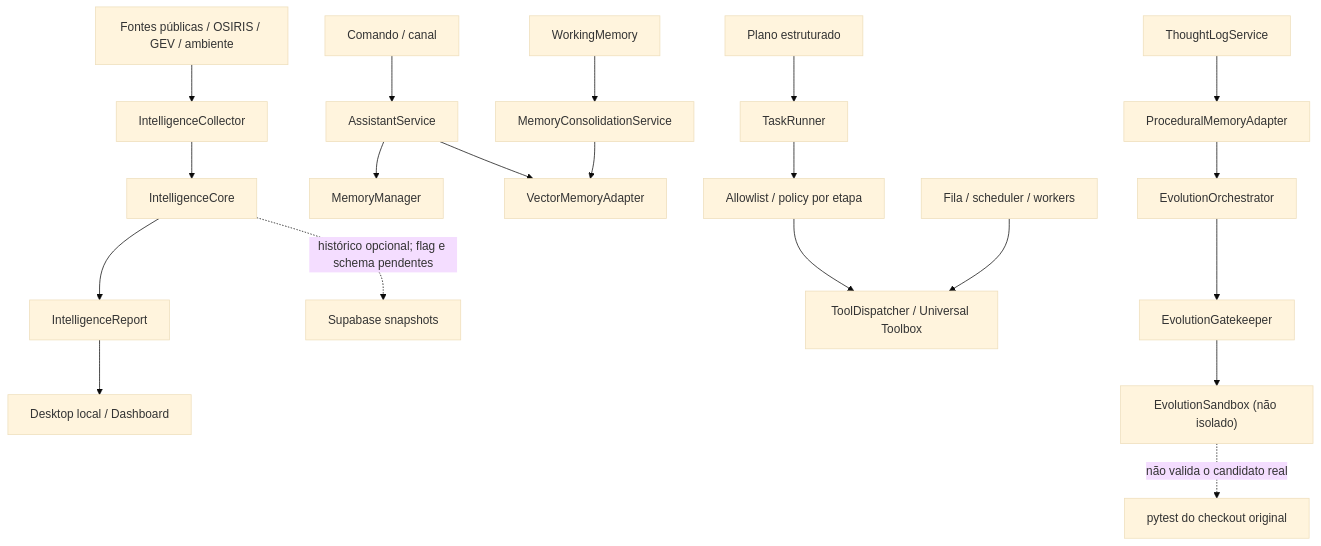
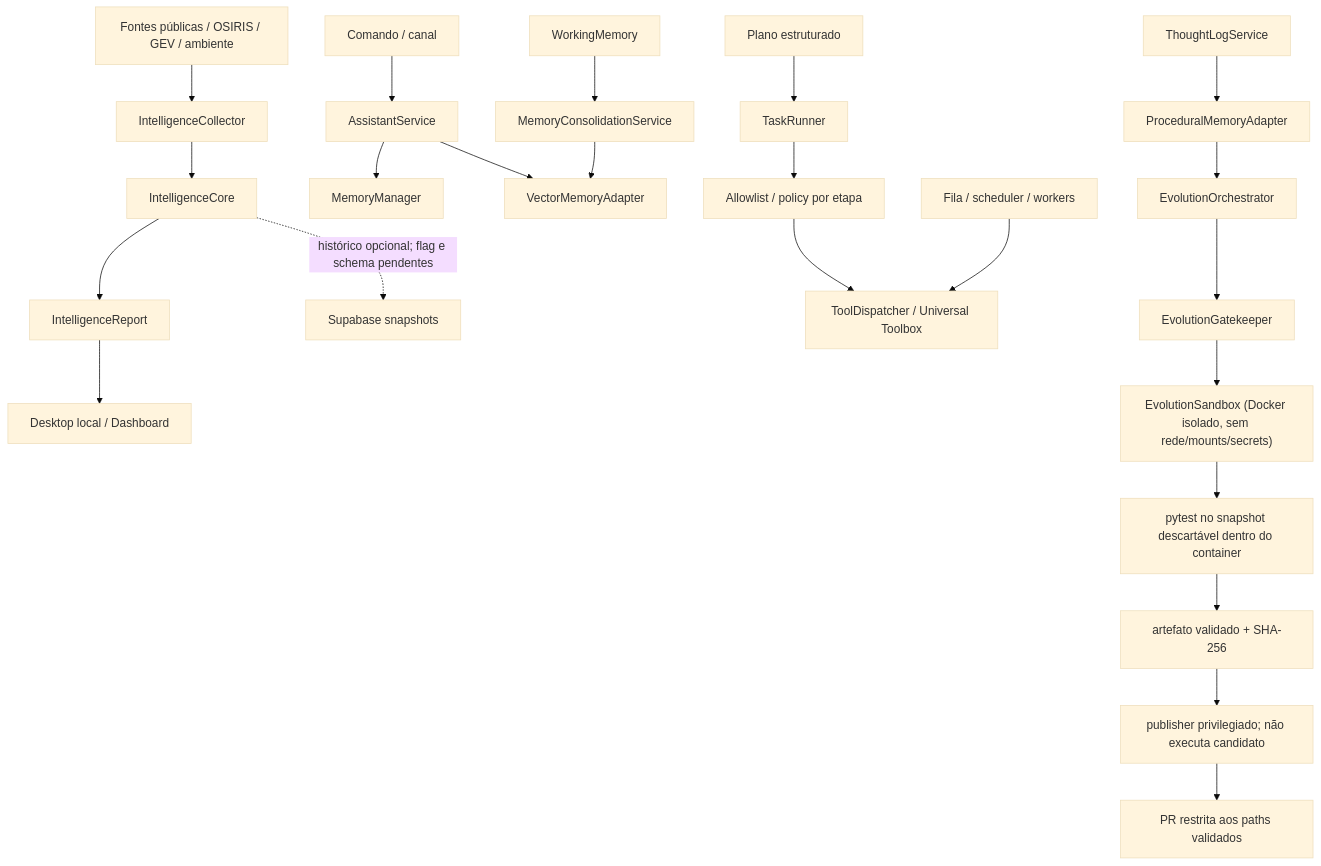
One commit to TheDrack/Jarvis_Xerife changed the diagram in docs/COGNITIVE_BASELINE.md. Above: the diagram before and after it, drawn with Mermaid (base theme). The commit also changed other lines of this file and 7 other files, not shown here.

````diff
--- a/docs/COGNITIVE_BASELINE.md
+++ b/docs/COGNITIVE_BASELINE.md
@@ -41,25 +41,28 @@
 ```mermaid
 flowchart TD
     SRC["Fontes públicas / OSIRIS / GEV / ambiente"] --> COL["IntelligenceCollector"]
     COL --> CORE["IntelligenceCore"]
     CORE --> REPORT["IntelligenceReport"]
     REPORT --> UI["Desktop local / Dashboard"]
     CORE -. "histórico opcional; flag e schema pendentes" .-> HIST["Supabase snapshots"]
 
     CMD["Comando / canal"] --> AS["AssistantService"]
     AS --> MM["MemoryManager"]
     AS --> VM["VectorMemoryAdapter"]
     WM["WorkingMemory"] --> CONS["MemoryConsolidationService"]
     CONS --> VM
     TL["ThoughtLogService"] --> PM["ProceduralMemoryAdapter"]
     PM --> EO["EvolutionOrchestrator"]
 
     PLAN["Plano estruturado"] --> TR["TaskRunner"]
     TR --> AUTH["Allowlist / policy por etapa"]
     AUTH --> TOOL["ToolDispatcher / Universal Toolbox"]
     Q["Fila / scheduler / workers"] --> TOOL
 
     EO --> GK["EvolutionGatekeeper"]
-    GK --> ES["EvolutionSandbox (não isolado)"]
-    ES -. "não valida o candidato real" .-> TESTS["pytest do checkout original"]
+    GK --> ES["EvolutionSandbox (Docker isolado, sem rede/mounts/secrets)"]
+    ES --> TESTS["pytest no snapshot descartável dentro do container"]
+    TESTS --> ART["artefato validado + SHA-256"]
+    ART --> PUB["publisher privilegiado; não executa candidato"]
+    PUB --> PR["PR restrita aos paths validados"]
 ```
````
